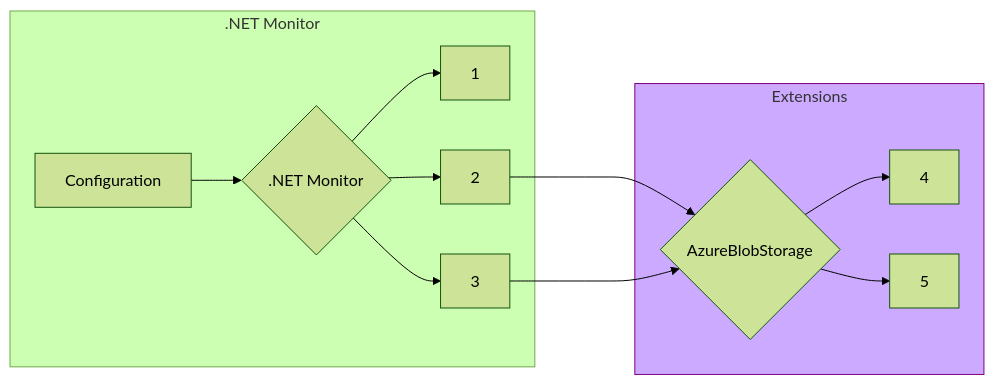
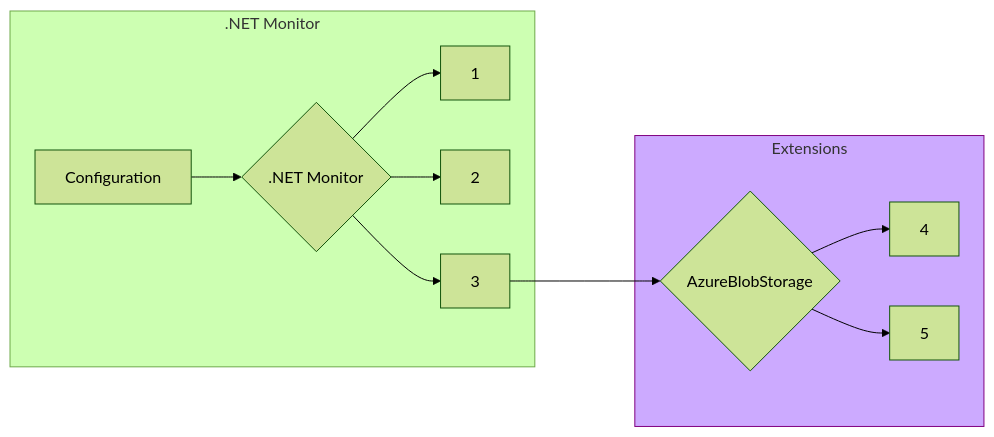
The diagram in documentation/learningPath/egress.md (dotnet/dotnet-monitor), drawn with Mermaid (forest theme) before and after one commit. The commit also changed other lines of this file, not shown here.

````diff
--- a/documentation/learningPath/egress.md
+++ b/documentation/learningPath/egress.md
@@ -10,19 +10,18 @@
 ```mermaid
 %%{ init: { 'flowchart': { 'curve': 'basis' } } }%%
 graph LR
     classDef altColor fill:#CAF,stroke:purple;
     subgraph ide1 [.NET Monitor]
     A[Configuration] --> N{.NET Monitor}
     N --> 1
     N --> 2   
     N --> 3
     end
     subgraph ide2 [Extensions]
-    2 ---> R{AzureBlobStorage}
     3 ---> R{AzureBlobStorage}
     R --> 4
     R --> 5
     end
     
     class ide2 altColor
 ```
````
